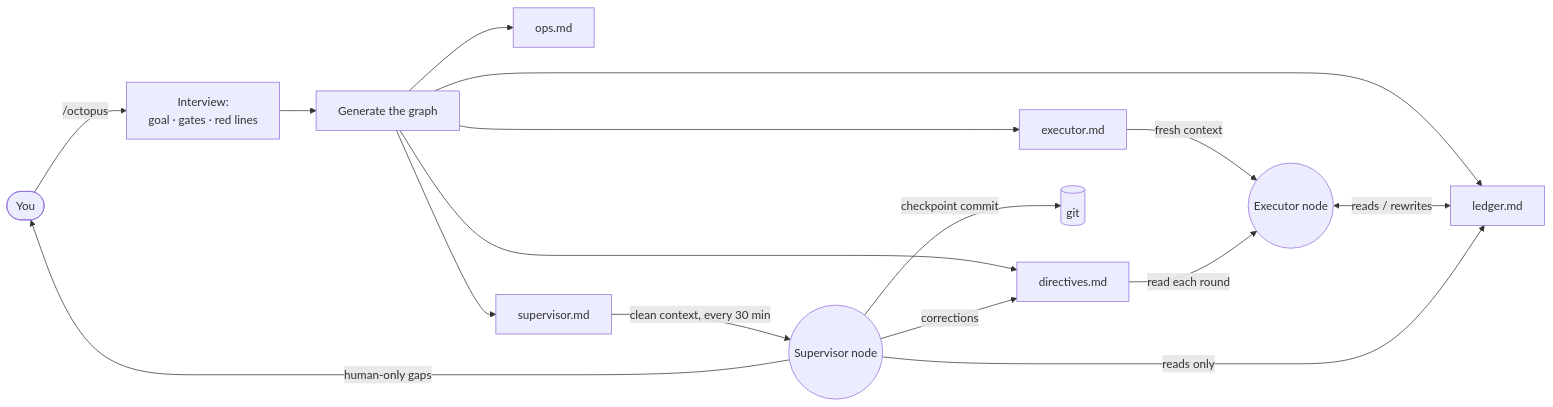
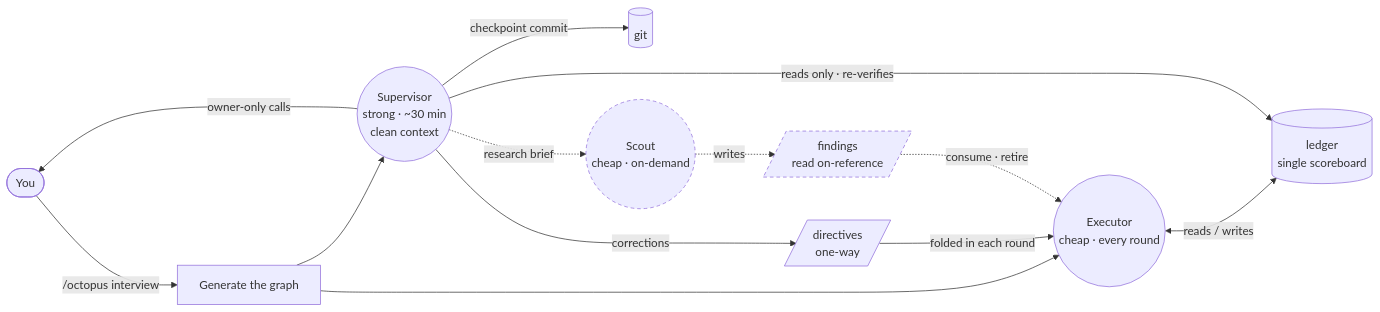
The diagram in skills/loop-graph/README.md (levi-qiao/loopkit), drawn with Mermaid before and after one commit. The commit also changed other lines of this file and 2 other files, not shown here.

Commit message:
docs(loop-graph): refresh the flow diagram (+ optional scout) and add scout-vs-subagent guidance
- README + README.zh-CN: redraw the mermaid graph — drop the file-generation
  fan-out noise, label nodes with model/cadence, and add the optional scout +
  findings edge as a dashed (optional) path. Net: more content, easier to read.
- scout.md: for the graph author, when to use a scout node vs a plain executor
  subagent (durable/auditable/off-critical-path → scout; quick throwaway → subagent).

````diff
--- a/skills/loop-graph/README.md
+++ b/skills/loop-graph/README.md
@@ -58,18 +58,19 @@
 ```mermaid
 flowchart LR
-    U([You]) -->|"/octopus"| I[Interview:<br/>goal · gates · red lines]
-    I --> G[Generate the graph]
-    G --> EX[executor.md]
-    G --> LG[ledger.md]
-    G --> DIR[directives.md]
-    G --> OPS[ops.md]
-    G --> SV[supervisor.md]
-    EX -->|fresh context| EXE((Executor node))
-    EXE <-->|reads / rewrites| LG
-    SV -->|clean context, every 30 min| SUP((Supervisor node))
-    SUP -->|reads only| LG
-    SUP -->|corrections| DIR
-    DIR -->|read each round| EXE
+    U([You]) -->|"/octopus" interview| G[Generate the graph]
+    G --> EXE((Executor<br/>cheap · every round))
+    G --> SUP((Supervisor<br/>strong · ~30 min<br/>clean context))
+
+    EXE <-->|reads / writes| LG[(ledger<br/>single scoreboard)]
+    SUP -->|reads only · re-verifies| LG
+    SUP -->|corrections| DIR[/directives<br/>one-way/]
+    DIR -->|folded in each round| EXE
     SUP -->|checkpoint commit| GIT[(git)]
-    SUP -->|human-only gaps| U
+    SUP -->|owner-only calls| U
+
+    SUP -.->|research brief| SC((Scout<br/>cheap · on-demand)):::opt
+    SC -.->|writes| FND[/findings<br/>read on-reference/]:::opt
+    FND -.->|consume · retire| EXE
+
+    classDef opt stroke-dasharray:5 4;
 ```
````
